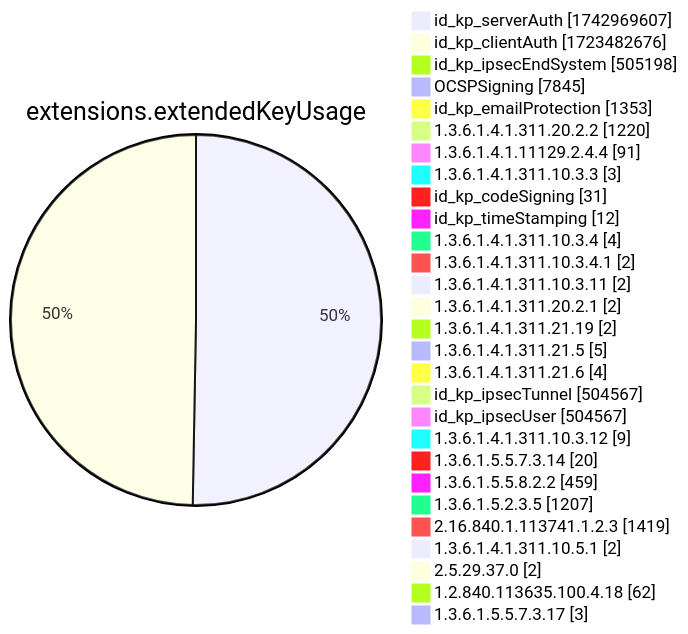
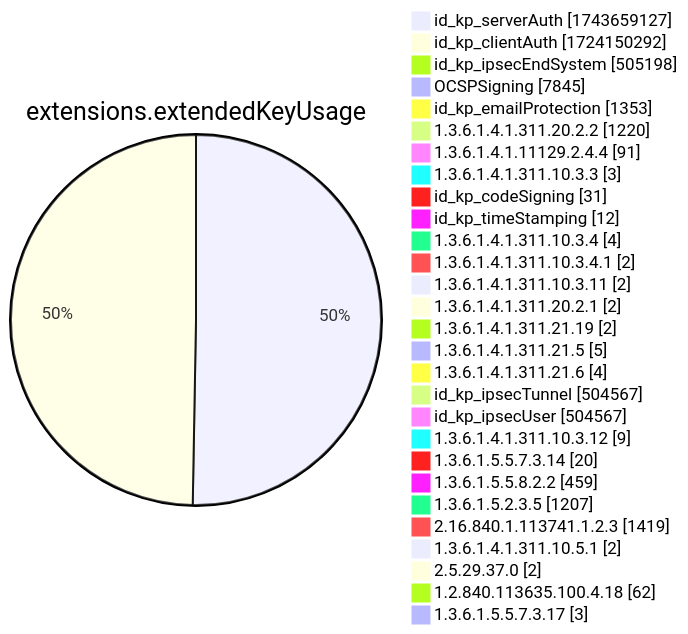
One commit to christiankrug/ctmonitor_visualization changed diagram 12 of 15 in xenon2022/README.md. Above: the diagram before and after it, drawn with Mermaid. The commit also changed other lines of this file, not shown here.

````diff
--- a/xenon2022/README.md
+++ b/xenon2022/README.md
@@ -3892,32 +3892,32 @@
 ```mermaid
 pie showData
 title extensions.extendedKeyUsage
-"id_kp_serverAuth" :1742969607
-"id_kp_clientAuth" :1723482676
+"id_kp_serverAuth" :1743659127
+"id_kp_clientAuth" :1724150292
 "id_kp_ipsecEndSystem" :505198
 "OCSPSigning" :7845
 "id_kp_emailProtection" :1353
 "1.3.6.1.4.1.311.20.2.2" :1220
 "1.3.6.1.4.1.11129.2.4.4" :91
 "1.3.6.1.4.1.311.10.3.3" :3
 "id_kp_codeSigning" :31
 "id_kp_timeStamping" :12
 "1.3.6.1.4.1.311.10.3.4" :4
 "1.3.6.1.4.1.311.10.3.4.1" :2
 "1.3.6.1.4.1.311.10.3.11" :2
 "1.3.6.1.4.1.311.20.2.1" :2
 "1.3.6.1.4.1.311.21.19" :2
 "1.3.6.1.4.1.311.21.5" :5
 "1.3.6.1.4.1.311.21.6" :4
 "id_kp_ipsecTunnel" :504567
 "id_kp_ipsecUser" :504567
 "1.3.6.1.4.1.311.10.3.12" :9
 "1.3.6.1.5.5.7.3.14" :20
 "1.3.6.1.5.5.8.2.2" :459
 "1.3.6.1.5.2.3.5" :1207
 "2.16.840.1.113741.1.2.3" :1419
 "1.3.6.1.4.1.311.10.5.1" :2
 "2.5.29.37.0" :2
 "1.2.840.113635.100.4.18" :62
 "1.3.6.1.5.5.7.3.17" :3
 ```
````
